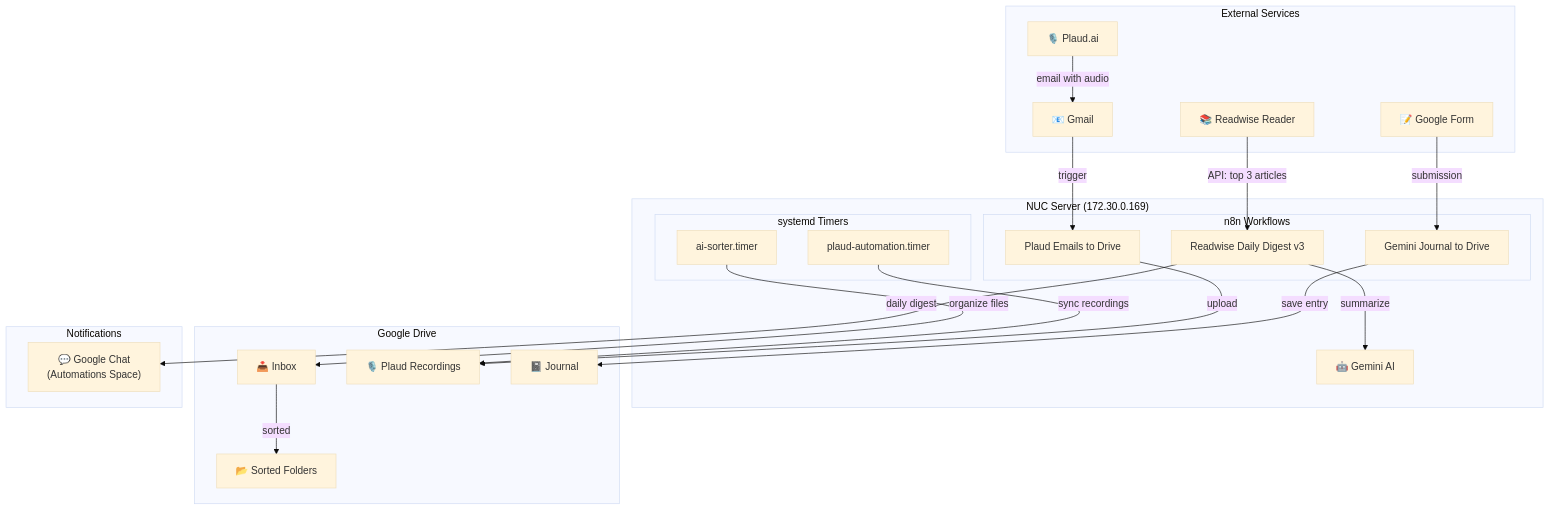
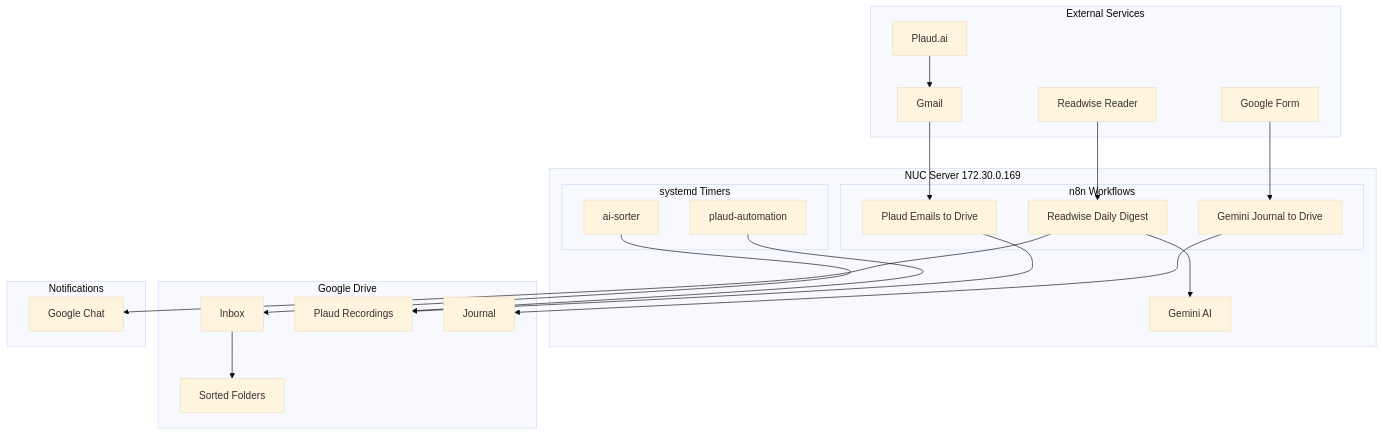
The diagram in docs/AUTOMATIONS.md (tariqk00/setup), drawn with Mermaid (base theme) before and after one commit.

Commit message:
fix: remove emojis from mermaid diagram for GitHub compatibility

````diff
--- a/docs/AUTOMATIONS.md
+++ b/docs/AUTOMATIONS.md
@@ -10,52 +10,51 @@
 ```mermaid
 flowchart TB
     subgraph External["External Services"]
-        READWISE["📚 Readwise Reader"]
-        PLAUD["🎙️ Plaud.ai"]
-        GMAIL["📧 Gmail"]
-        GFORM["📝 Google Form"]
+        READWISE["Readwise Reader"]
+        PLAUD["Plaud.ai"]
+        GMAIL["Gmail"]
+        GFORM["Google Form"]
     end
 
-    subgraph NUC["NUC Server (172.30.0.169)"]
+    subgraph NUC["NUC Server 172.30.0.169"]
         subgraph n8n["n8n Workflows"]
-            RD["Readwise Daily Digest v3"]
+            RD["Readwise Daily Digest"]
             PE["Plaud Emails to Drive"]
             GJ["Gemini Journal to Drive"]
         end
 
         subgraph systemd["systemd Timers"]
-            AI["ai-sorter.timer"]
-            PA["plaud-automation.timer"]
+            AI["ai-sorter"]
+            PA["plaud-automation"]
         end
 
-        GEMINI["🤖 Gemini AI"]
+        GEMINI["Gemini AI"]
     end
 
     subgraph Storage["Google Drive"]
-        INBOX["📥 Inbox"]
-        PLAUD_FOLDER["🎙️ Plaud Recordings"]
-        JOURNAL_FOLDER["📓 Journal"]
-        SORTED["📂 Sorted Folders"]
+        INBOX["Inbox"]
+        PLAUD_FOLDER["Plaud Recordings"]
+        JOURNAL_FOLDER["Journal"]
+        SORTED["Sorted Folders"]
     end
 
     subgraph Notifications["Notifications"]
-        GCHAT["💬 Google Chat\n(Automations Space)"]
+        GCHAT["Google Chat"]
     end
 
-    %% Data flows
-    READWISE -->|"API: top 3 articles"| RD
-    RD -->|"summarize"| GEMINI
-    RD -->|"daily digest"| GCHAT
+    READWISE --> RD
+    RD --> GEMINI
+    RD --> GCHAT
 
-    PLAUD -->|"email with audio"| GMAIL
-    GMAIL -->|"trigger"| PE
-    PE -->|"upload"| PLAUD_FOLDER
+    PLAUD --> GMAIL
+    GMAIL --> PE
+    PE --> PLAUD_FOLDER
 
-    GFORM -->|"submission"| GJ
-    GJ -->|"save entry"| JOURNAL_FOLDER
+    GFORM --> GJ
+    GJ --> JOURNAL_FOLDER
 
-    AI -->|"organize files"| INBOX
-    INBOX -->|"sorted"| SORTED
+    AI --> INBOX
+    INBOX --> SORTED
 
-    PA -->|"sync recordings"| PLAUD_FOLDER
+    PA --> PLAUD_FOLDER
 ```
````
